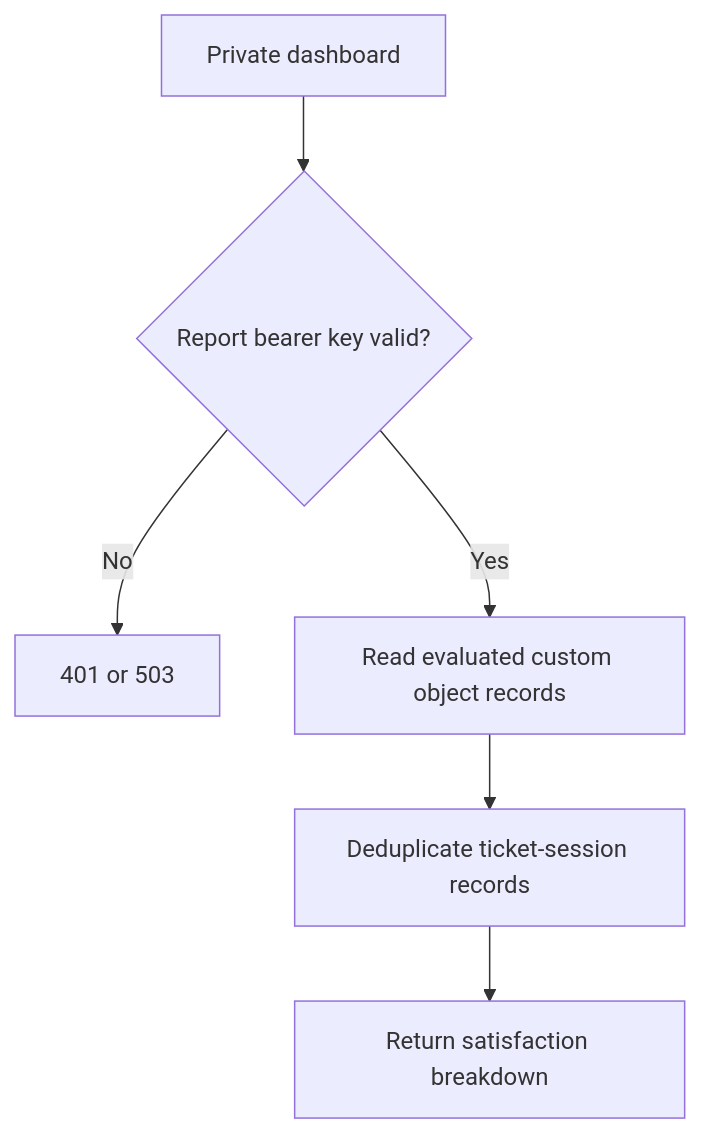
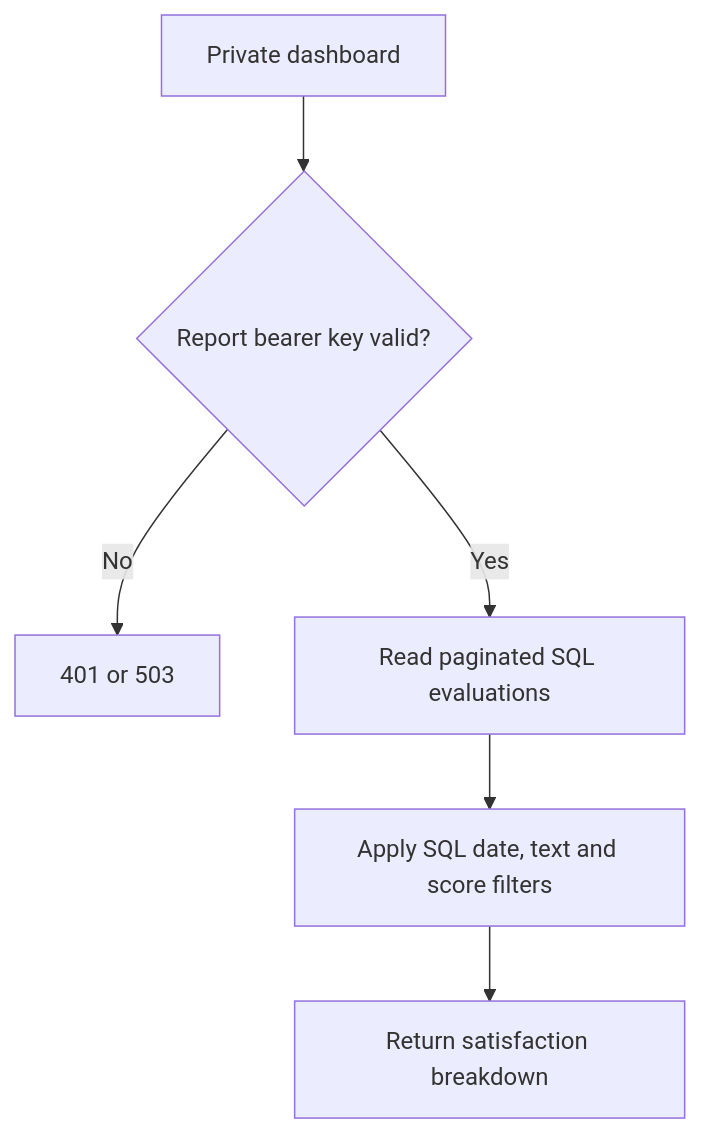
Before and after one commit to iadarshrawat/zendesk-chat-bot: the ninth of 10 diagrams in docs/FLOWS.md, drawn with Mermaid. The commit also changed other lines of this file and 46 other files, not shown here.

Commit message:
change custom object to DB

````diff
--- a/docs/FLOWS.md
+++ b/docs/FLOWS.md
@@ -142,8 +142,8 @@
 ```mermaid
 flowchart TD
     A[Private dashboard] --> B{Report bearer key valid?}
     B -- No --> C[401 or 503]
-    B -- Yes --> D[Read evaluated custom object records]
-    D --> E[Deduplicate ticket-session records]
+    B -- Yes --> D[Read paginated SQL evaluations]
+    D --> E[Apply SQL date, text and score filters]
     E --> F[Return satisfaction breakdown]
 ```
````
